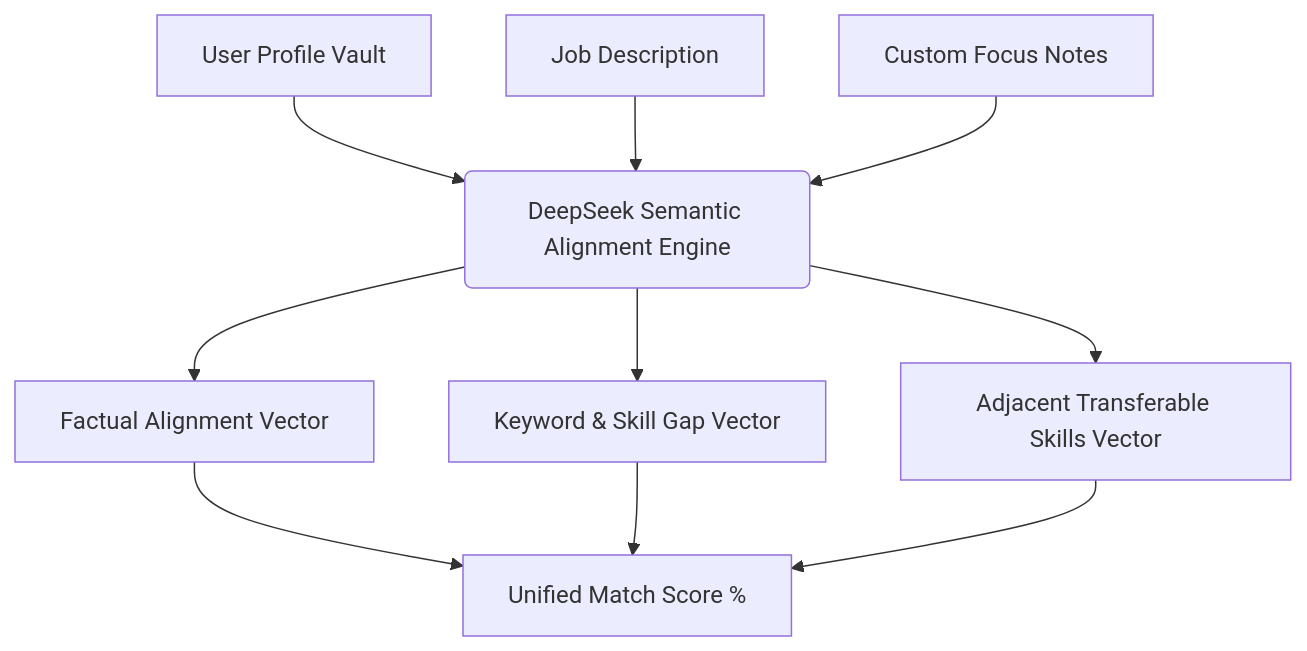
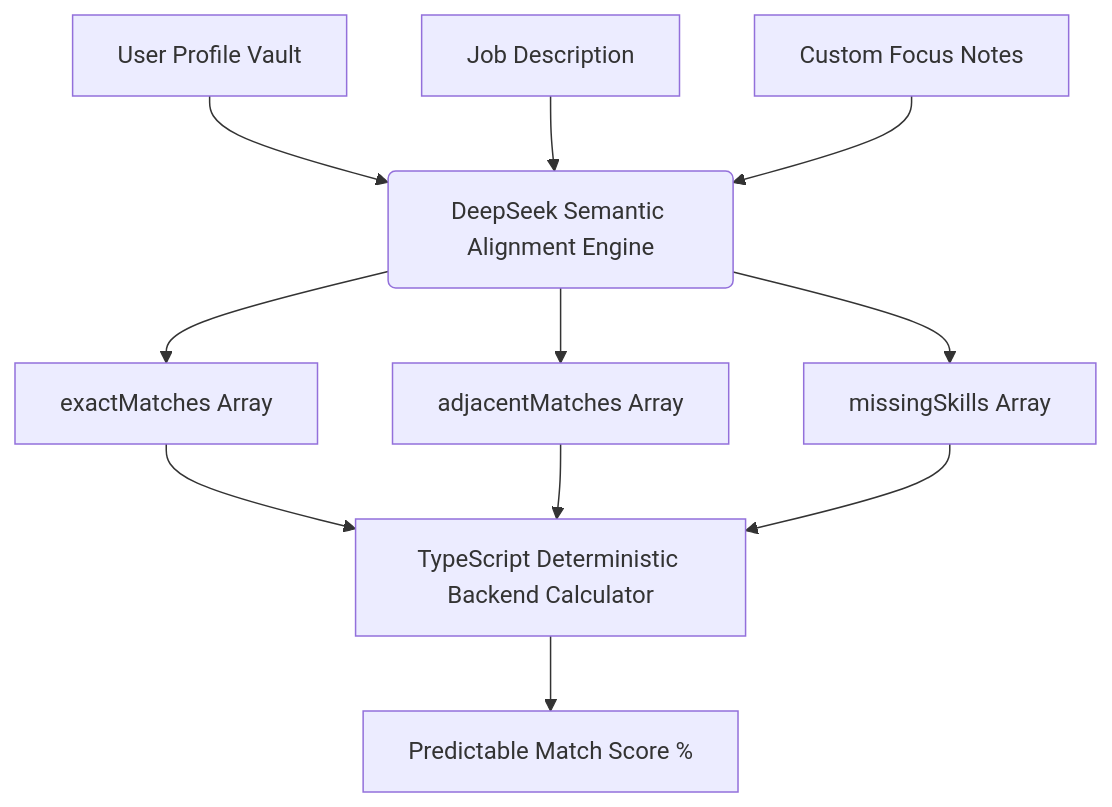
The diagram in docs/ALGORITHM_EXPLANATION.md (TanvirHasanHridoy/Job-Flow), drawn with Mermaid before and after one commit. The commit also changed other lines of this file, not shown here.

Commit message:
docs: align algorithm explanation with server-side PDF generation, vertical DOM columns, and deterministic score logic

````diff
--- a/docs/ALGORITHM_EXPLANATION.md
+++ b/docs/ALGORITHM_EXPLANATION.md
@@ -46,10 +43,11 @@
 ```mermaid
 graph TD
     A[User Profile Vault] --> D(DeepSeek Semantic Alignment Engine)
     B[Job Description] --> D
     C[Custom Focus Notes] --> D
-    D --> E[Factual Alignment Vector]
-    D --> F[Keyword & Skill Gap Vector]
-    D --> G[Adjacent Transferable Skills Vector]
-    E & F & G --> H[Unified Match Score %]
+    D --> E[exactMatches Array]
+    D --> F[adjacentMatches Array]
+    D --> G[missingSkills Array]
+    E & F & G --> H[TypeScript Deterministic Backend Calculator]
+    H --> I[Predictable Match Score %]
 ```
````
